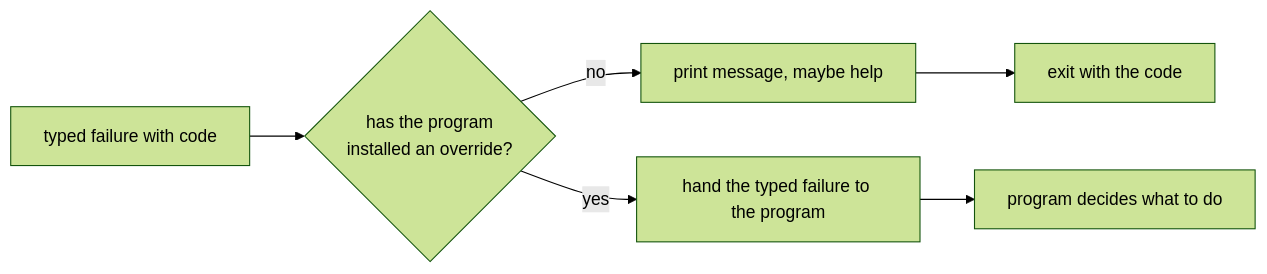
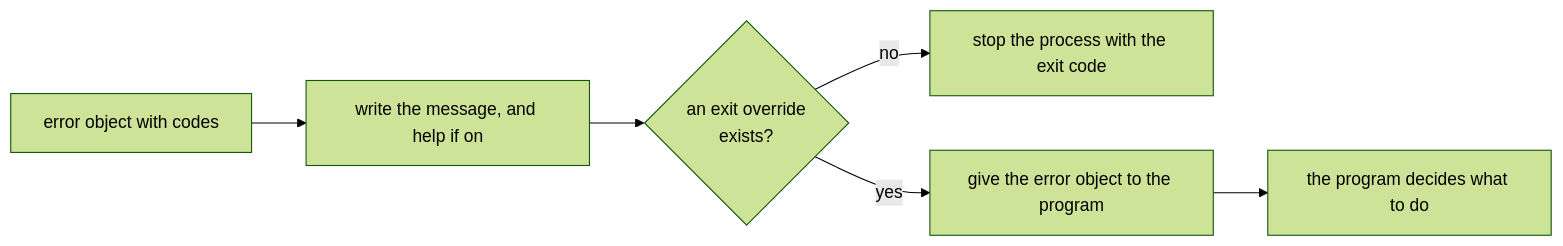
One commit to KeunwooPark/cluedoc changed the fourth of 4 diagrams in docs/examples/commander/.cluedoc/error-handling/README.md. Above: the diagram before and after it, drawn with Mermaid (forest theme). The commit also changed other lines of this file and 22 other files, not shown here.

````diff
--- a/docs/examples/commander/.cluedoc/error-handling/README.md
+++ b/docs/examples/commander/.cluedoc/error-handling/README.md
@@ -72,8 +94,8 @@
 ```mermaid
 flowchart LR
-    MSG["typed failure with code"] --> OVR{"has the program<br/>installed an override?"}
-    OVR -- no --> PRINT["print message, maybe help"]
-    PRINT --> KILL["exit with the code"]
-    OVR -- yes --> HAND["hand the typed failure to the program"]
-    HAND --> CHOICE["program decides what to do"]
+    MSG["error object with codes"] --> PRINT["write the message, and help if on"]
+    PRINT --> OVR{"an exit override<br/>exists?"}
+    OVR -- no --> KILL["stop the process with the exit code"]
+    OVR -- yes --> HAND["give the error object to the program"]
+    HAND --> CHOICE["the program decides what to do"]
 ```
````
